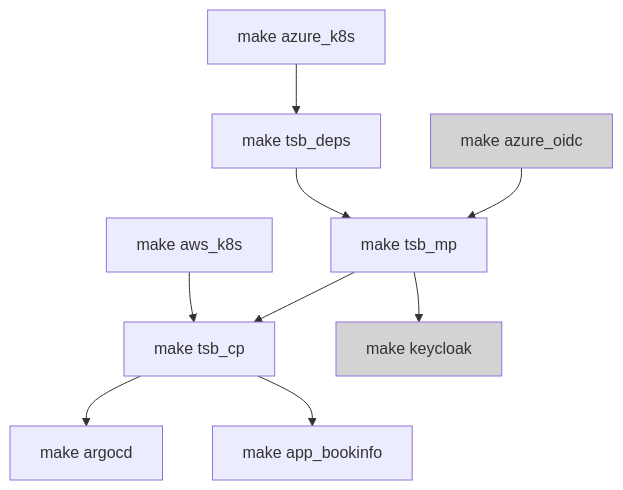
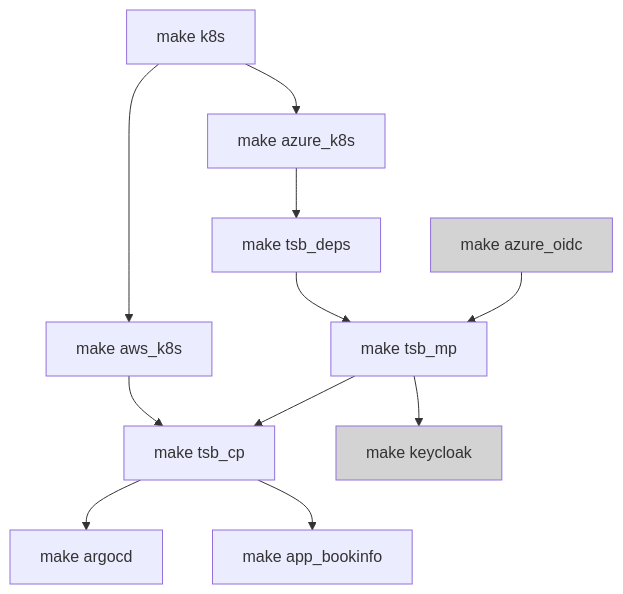
The diagram in README.md (tetratelabs/tetrate-service-bridge-sandbox), drawn with Mermaid before and after one commit.

````diff
--- a/README.md
+++ b/README.md
@@ -8,13 +8,15 @@
 ```mermaid
   graph TD;
+      AAA[make k8s] --> A[make azure_k8s]
+      AAA[make k8s] --> AA[make aws_k8s]
       A[make azure_k8s] --> B[make tsb_deps]
       AA[make aws_k8s] --> D[make tsb_cp]
       B[make tsb_deps] --> C[make tsb_mp]
       Y[make azure_oidc] --> C[make tsb_mp]
       C[make tsb_mp] --> D[make tsb_cp]
       C[make tsb_mp] --> F[make keycloak]
       D[make tsb_cp] --> E[make argocd]
       D[make tsb_cp] --> Z[make app_bookinfo]
       style Y fill:lightgrey
       style F fill:lightgrey
 ```
````
